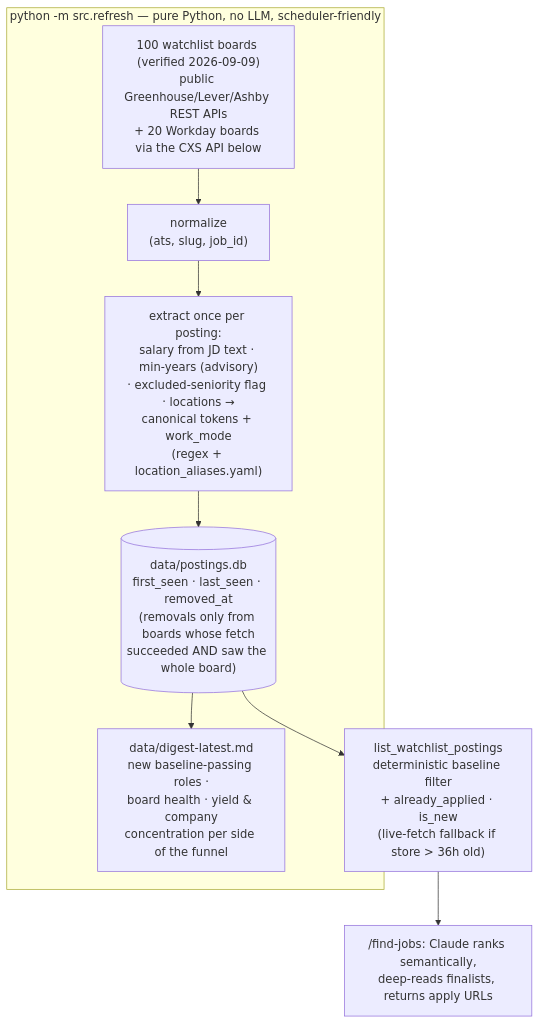
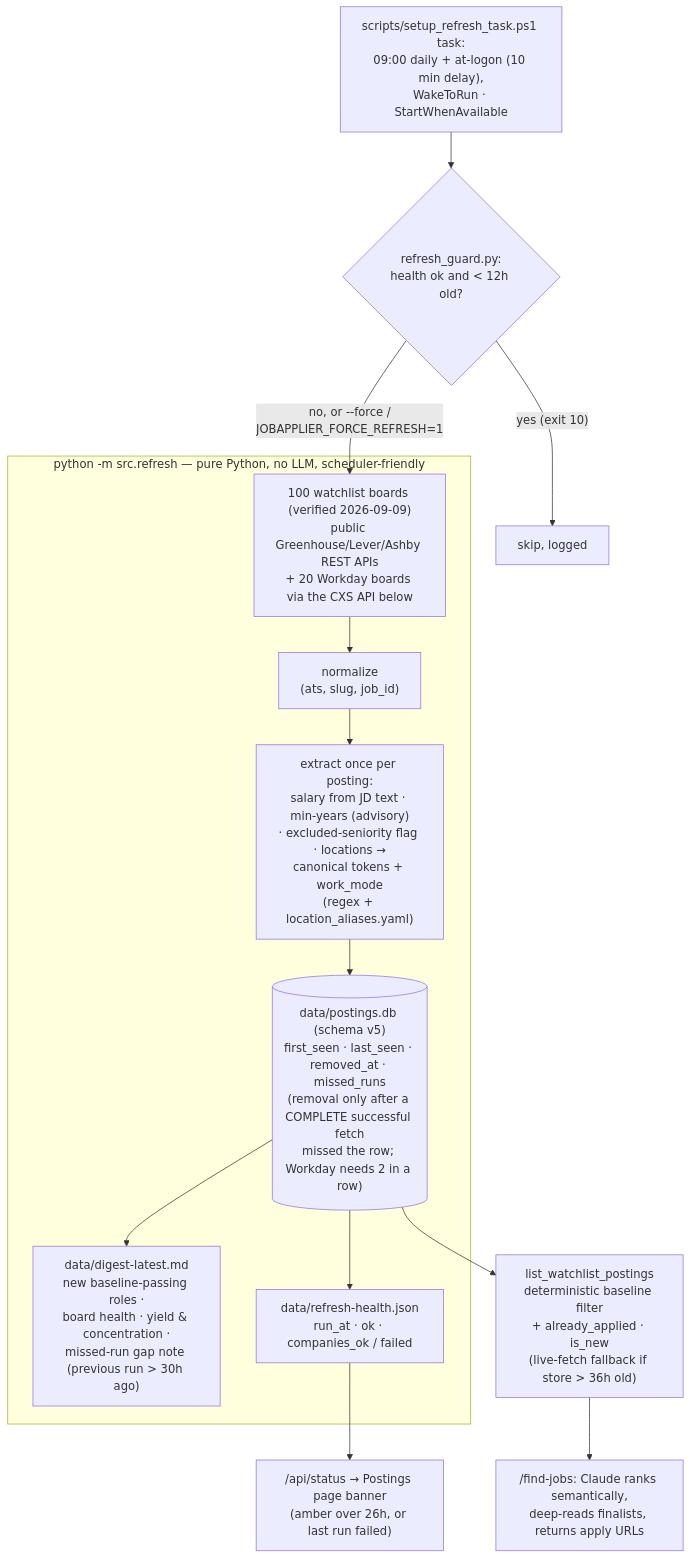
The second of 14 diagrams in README.md (sbhaskaran0/job-applier), drawn with Mermaid before and after one commit. The commit also changed other lines of this file and 3 other files, not shown here.

````diff
--- a/README.md
+++ b/README.md
@@ -117,11 +117,16 @@
 ```mermaid
 flowchart TD
     subgraph ING["python -m src.refresh — pure Python, no LLM, scheduler-friendly"]
         B["100 watchlist boards (verified 2026-09-09)<br/>public Greenhouse/Lever/Ashby REST APIs<br/>+ 20 Workday boards via the CXS API below"] --> N["normalize<br/>(ats, slug, job_id)"]
         N --> X["extract once per posting:<br/>salary from JD text · min-years (advisory)<br/>· excluded-seniority flag · locations →<br/>canonical tokens + work_mode<br/>(regex + location_aliases.yaml)"]
-        X --> DB[("data/postings.db<br/>first_seen · last_seen · removed_at<br/>(removals only from boards whose fetch<br/>succeeded AND saw the whole board)")]
-        DB --> DG["data/digest-latest.md<br/>new baseline-passing roles ·<br/>board health · yield & company<br/>concentration per side of the funnel"]
+        X --> DB[("data/postings.db (schema v5)<br/>first_seen · last_seen · removed_at · missed_runs<br/>(removal only after a COMPLETE successful fetch<br/>missed the row; Workday needs 2 in a row)")]
+        DB --> DG["data/digest-latest.md<br/>new baseline-passing roles ·<br/>board health · yield & concentration ·<br/>missed-run gap note (previous run > 30h ago)"]
+        DB --> HL["data/refresh-health.json<br/>run_at · ok · companies_ok / failed"]
     end
+    HL --> BAN["/api/status → Postings page banner<br/>(amber over 26h, or last run failed)"]
+    SCH["scripts/setup_refresh_task.ps1 task:<br/>09:00 daily + at-logon (10 min delay),<br/>WakeToRun · StartWhenAvailable"] --> GD{"refresh_guard.py:<br/>health ok and < 12h old?"}
+    GD -- "yes (exit 10)" --> SK["skip, logged"]
+    GD -- "no, or --force /<br/>JOBAPPLIER_FORCE_REFRESH=1" --> B
     DB --> Q["list_watchlist_postings<br/>deterministic baseline filter<br/>+ already_applied · is_new<br/>(live-fetch fallback if store > 36h old)"]
     Q --> R["/find-jobs: Claude ranks semantically,<br/>deep-reads finalists, returns apply URLs"]
 ```
````
